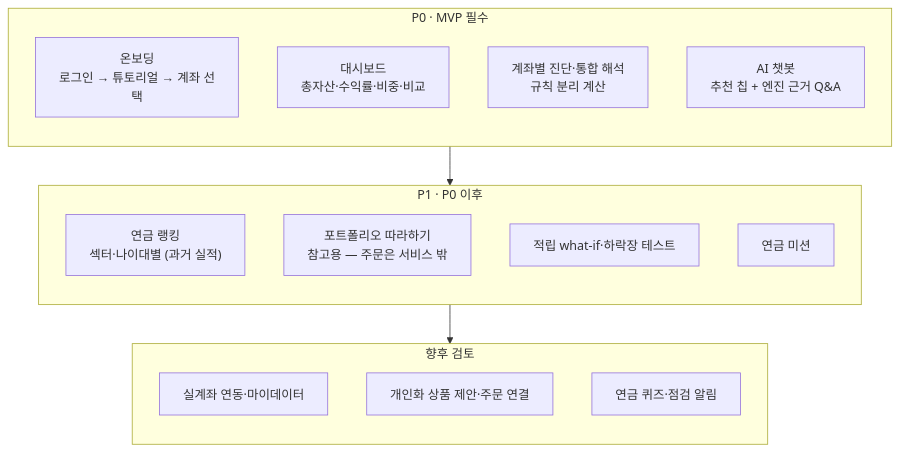
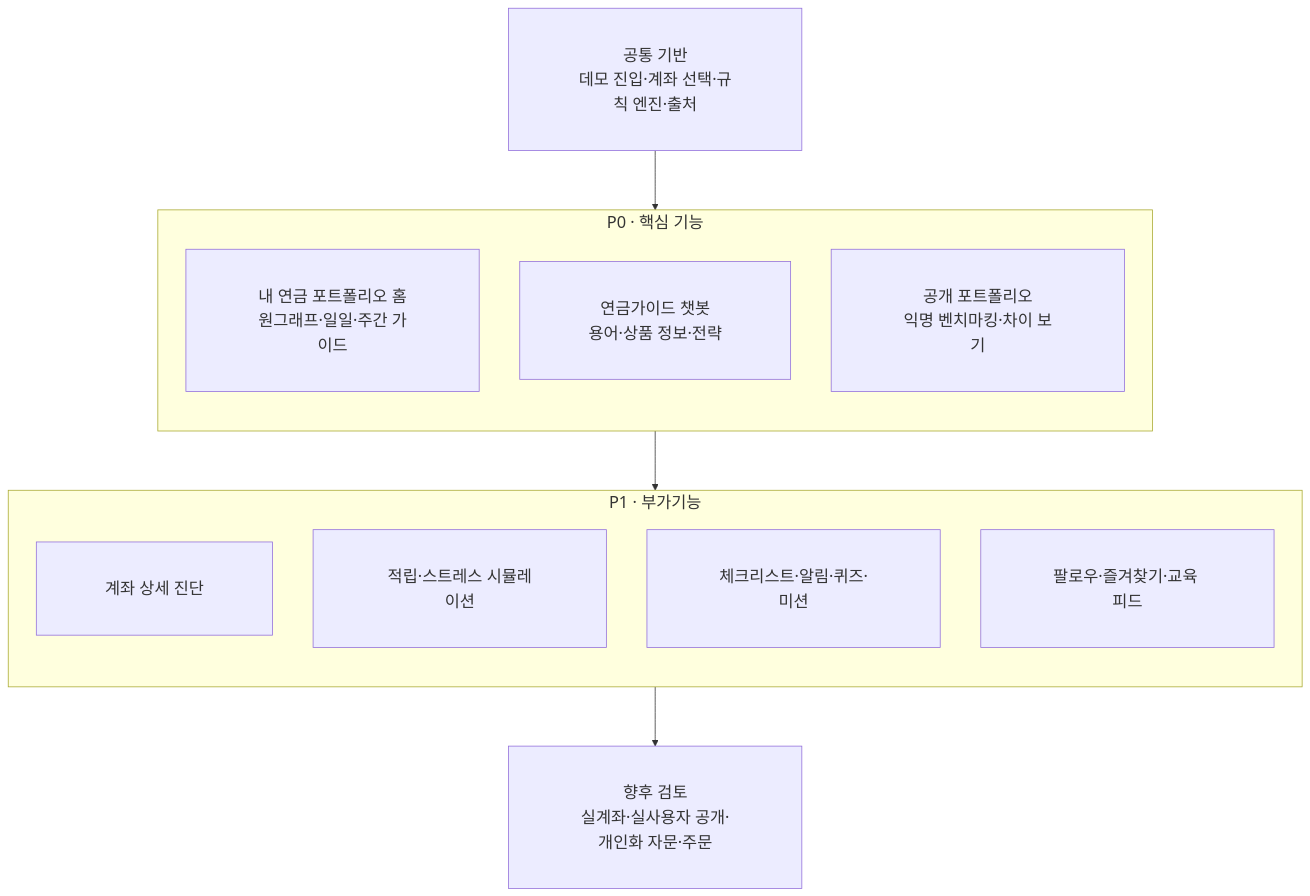
One commit to jyleo2k2/KDA-securities changed the third of 3 diagrams in docs/10_기획/화면_유저플로우.md. Above: the diagram before and after it, drawn with Mermaid. The commit also changed other lines of this file and 3 other files, not shown here.

````diff
--- a/docs/10_기획/화면_유저플로우.md
+++ b/docs/10_기획/화면_유저플로우.md
@@ -113,27 +146,24 @@
 ```mermaid
+%%{init: { "themeVariables": { "fontSize": "21px" }, "flowchart": { "htmlLabels": true, "padding": 44, "nodeSpacing": 52, "rankSpacing": 76 } } }%%
 flowchart TB
-    subgraph P0["P0 · MVP 필수"]
+    BASE["공통 기반<br/>데모 진입·계좌 선택·규칙 엔진·출처"]
+
+    subgraph P0["P0 · 핵심 기능"]
         direction TB
-        A1["온보딩<br/>로그인 → 튜토리얼 → 계좌 선택"]
-        A2["대시보드<br/>총자산·수익률·비중·비교"]
-        A3["계좌별 진단·통합 해석<br/>규칙 분리 계산"]
-        A4["AI 챗봇<br/>추천 칩 + 엔진 근거 Q&A"]
+        A1["내 연금 포트폴리오 홈<br/>원그래프·일일·주간 가이드"]
+        A2["연금가이드 챗봇<br/>용어·상품 정보·전략"]
+        A3["공개 포트폴리오<br/>익명 벤치마킹·차이 보기"]
     end
 
-    subgraph P1["P1 · P0 이후"]
+    subgraph P1["P1 · 부가기능"]
         direction TB
-        B1["연금 랭킹<br/>섹터·나이대별 (과거 실적)"]
-        B2["포트폴리오 따라하기<br/>참고용 — 주문은 서비스 밖"]
-        B3["적립 what-if·하락장 테스트"]
-        B4["연금 미션"]
+        B1["계좌 상세 진단"]
+        B2["적립·스트레스 시뮬레이션"]
+        B3["체크리스트·알림·퀴즈·미션"]
+        B4["팔로우·즐겨찾기·교육 피드"]
     end
 
-    subgraph FUTURE["향후 검토"]
-        direction TB
-        C1["실계좌 연동·마이데이터"]
-        C2["개인화 상품 제안·주문 연결"]
-        C3["연금 퀴즈·점검 알림"]
-    end
+    FUTURE["향후 검토<br/>실계좌·실사용자 공개·개인화 자문·주문"]
 
-    P0 --> P1 --> FUTURE
+    BASE --> P0 --> P1 --> FUTURE
 ```
````
